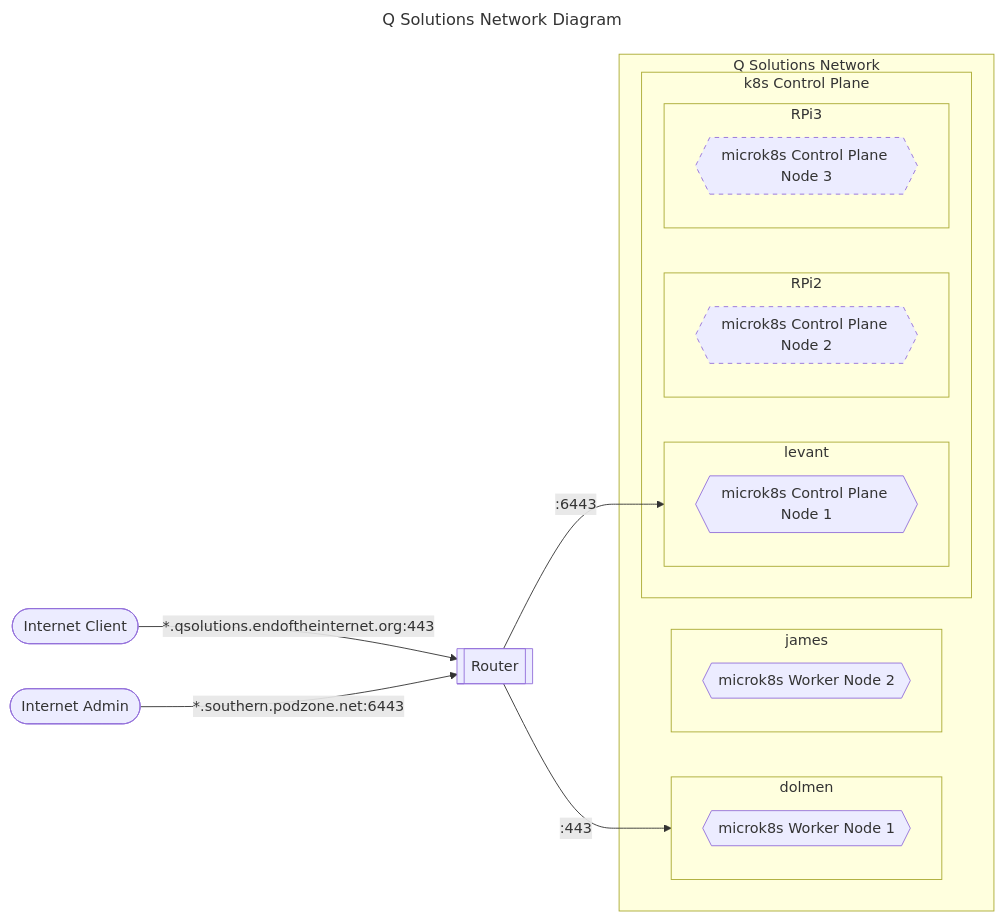
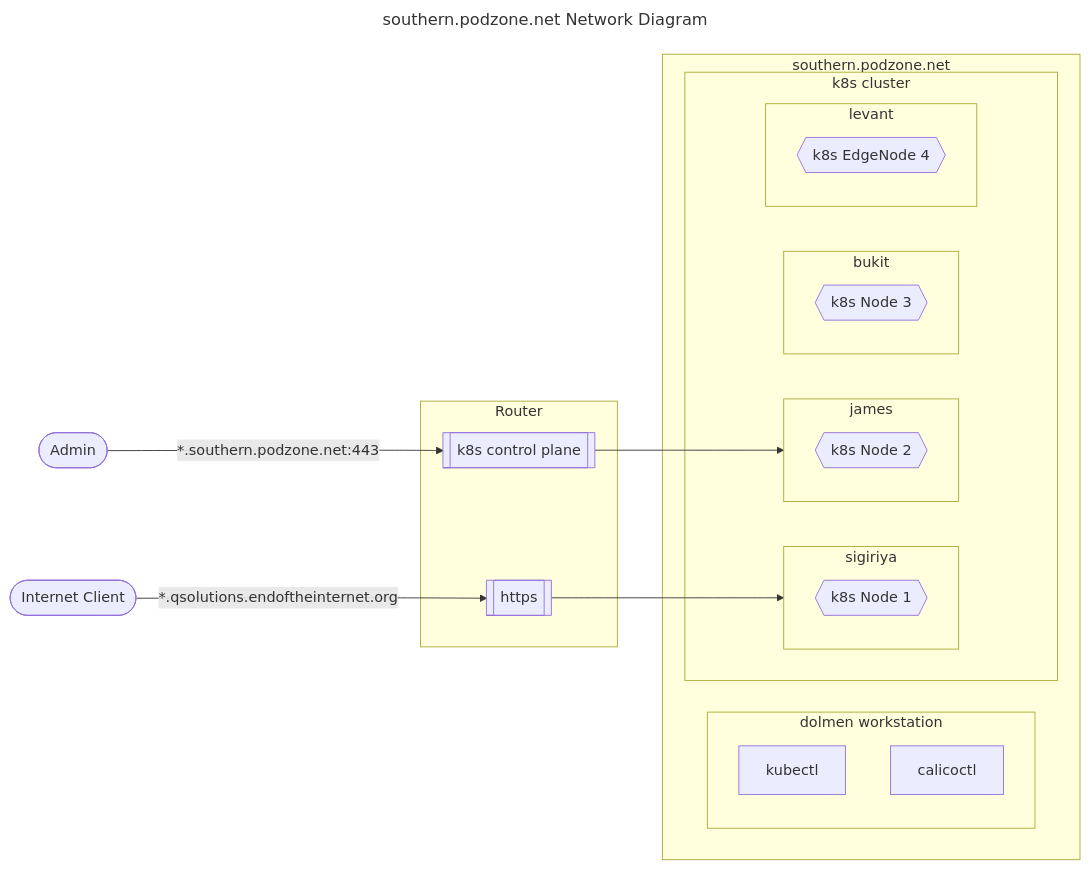
The diagram in README.md (MoTTTT/QApps), drawn with Mermaid before and after one commit. The commit also changed other lines of this file and 6 other files, not shown here.

````diff
--- a/README.md
+++ b/README.md
@@ -75,34 +102,40 @@
 ```mermaid
 ---
-title: Q Solutions Network Diagram
+title: southern.podzone.net Network Diagram
 ---
 graph LR
-    clientExt([Internet Client]) -->|*.qsolutions.endoftheinternet.org:443| fibreRouter[[Router]]
+    clientExt1([Internet Client]) -->|*.qsolutions.endoftheinternet.org| fibreRouter1[[https]]
 
-    adminExt([Internet Admin]) -->|*.southern.podzone.net:6443| fibreRouter[[Router]]
+    clientExt2([Admin]) -->|*.southern.podzone.net:443| fibreRouter2[[k8s control plane]]
 
-    fibreRouter -->|:6443| levant
-    fibreRouter -->|:443| dolmen
+    fibreRouter1 --> sigiriya
+    fibreRouter2 --> james
 
-    subgraph Q Solutions Network
-        subgraph dolmen
-          microk8sW1{{microk8s Worker Node 1}}
+    subgraph Router
+      fibreRouter1
+      fibreRouter2
+    end
+
+    subgraph southern.podzone.net
+      subgraph dolmen workstation
+        kubectl
+        calicoctl
+      end
+      subgraph k8s cluster
+        subgraph sigiriya
+          microk8sW1{{k8s Node 1}}
         end
         subgraph james
-          microk8sW2{{microk8s Worker Node 2}}
+          microk8sW2{{k8s Node 2}}
         end
-        subgraph k8s Control Plane
+        subgraph bukit
+          microk8sC2{{k8s Node 3}}
+        end
         subgraph levant
-          microk8sC1{{microk8s Control Plane Node 1}}
+          microk8sC1{{k8s EdgeNode 4}}
         end
-        subgraph RPi2
-          microk8sC2{{microk8s Control Plane Node 2}}:::eg
-        end
-        subgraph RPi3
-          microk8sC3{{microk8s Control Plane Node 3}}:::eg
-        end
-        end
+      end
     end
     classDef eg stroke-dasharray: 5 5
     classDef host stroke-dasharray: 5 5
 ```
````
